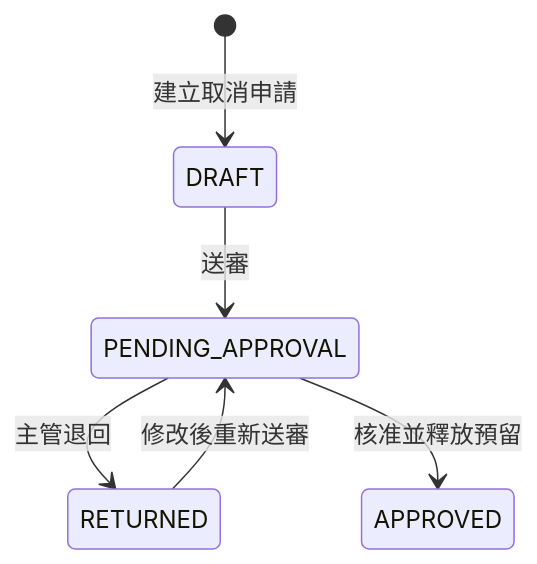
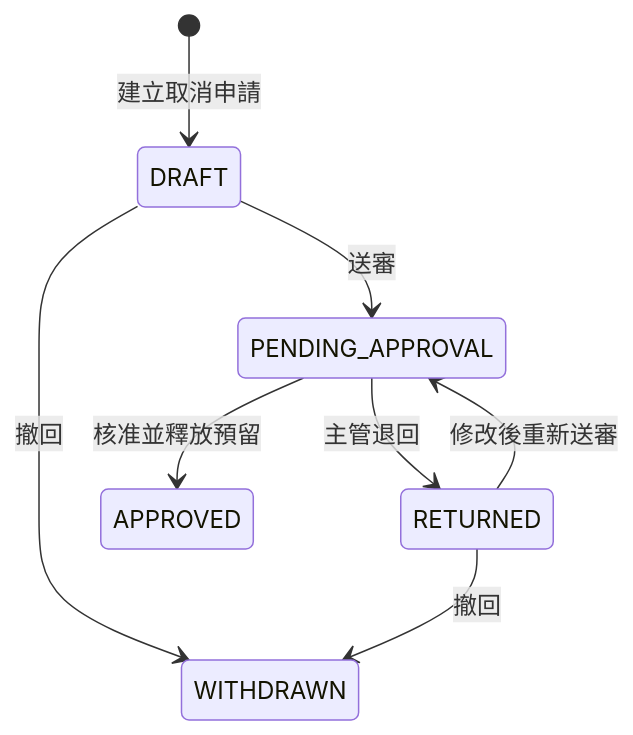
The fourth of 8 diagrams in docs/11-state-transitions-and-operations.md (fizz123123/smart-distribution-ops), drawn with Mermaid before and after one commit. The commit also changed other lines of this file and 7 other files, not shown here.

````diff
--- a/docs/11-state-transitions-and-operations.md
+++ b/docs/11-state-transitions-and-operations.md
@@ -144,8 +149,10 @@
 ```mermaid
 stateDiagram-v2
     [*] --> DRAFT: 建立取消申請
     DRAFT --> PENDING_APPROVAL: 送審
     RETURNED --> PENDING_APPROVAL: 修改後重新送審
     PENDING_APPROVAL --> RETURNED: 主管退回
     PENDING_APPROVAL --> APPROVED: 核准並釋放預留
+    DRAFT --> WITHDRAWN: 撤回
+    RETURNED --> WITHDRAWN: 撤回
 ```
````
